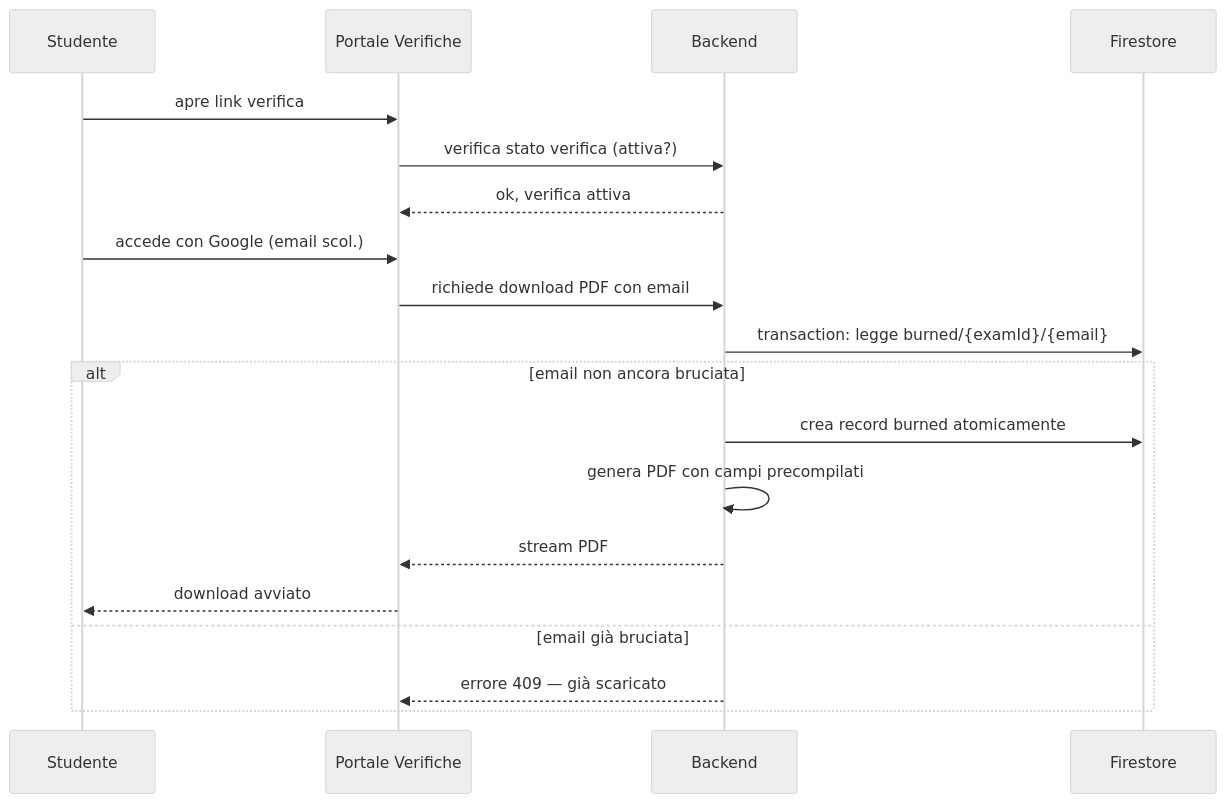
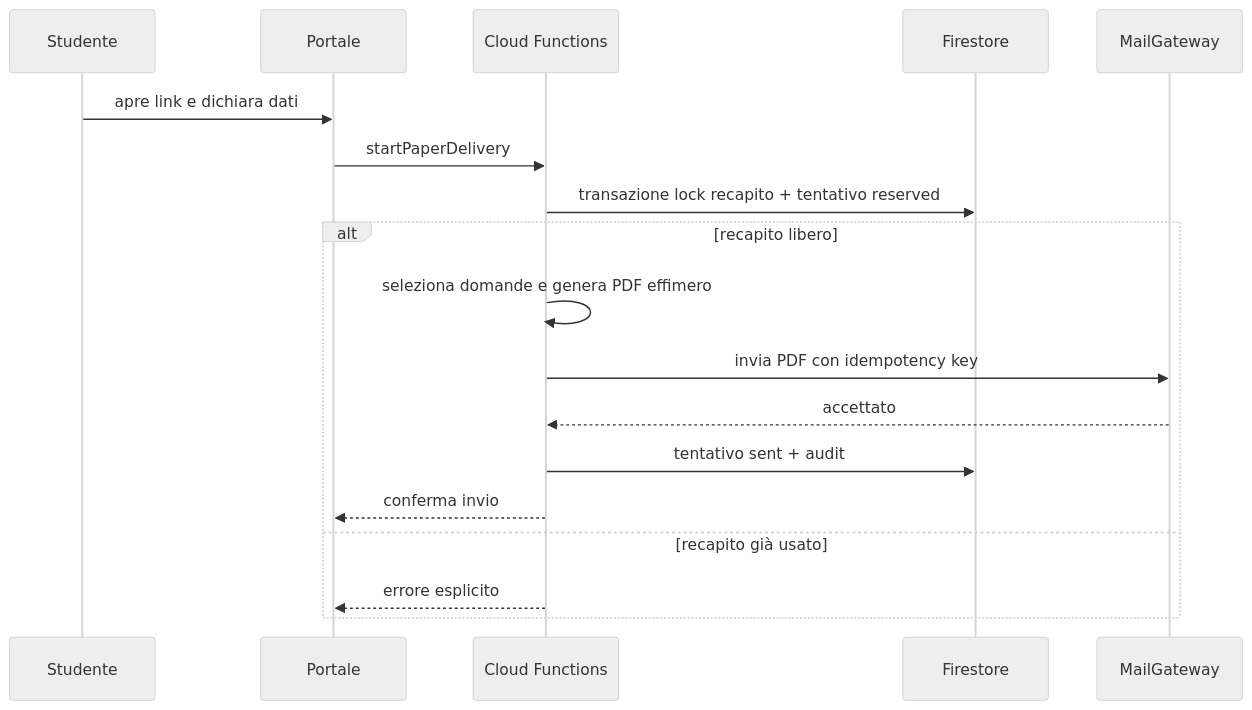
The second of 2 diagrams in documentazione/architettura.md (EnricoPaparo/SchoolForge), drawn with Mermaid (neutral theme) before and after one commit. The commit also changed other lines of this file and 14 other files, not shown here.

````diff
--- a/documentazione/architettura.md
+++ b/documentazione/architettura.md
@@ -407,22 +220,21 @@
 ```mermaid
 sequenceDiagram
     participant S as Studente
-    participant P as Portale Verifiche
-    participant B as Backend
+    participant P as Portale
+    participant B as Cloud Functions
     participant F as Firestore
+    participant M as MailGateway
 
-    S->>P: apre link verifica
-    P->>B: verifica stato verifica (attiva?)
-    B-->>P: ok, verifica attiva
-    S->>P: accede con Google (email scol.)
-    P->>B: richiede download PDF con email
-    B->>F: transaction: legge burned/{examId}/{email}
-    alt email non ancora bruciata
-        B->>F: crea record burned atomicamente
-        B->>B: genera PDF con campi precompilati
-        B-->>P: stream PDF
-        P-->>S: download avviato
-    else email già bruciata
-        B-->>P: errore 409 — già scaricato
+    S->>P: apre link e dichiara dati
+    P->>B: startPaperDelivery
+    B->>F: transazione lock recapito + tentativo reserved
+    alt recapito libero
+        B->>B: seleziona domande e genera PDF effimero
+        B->>M: invia PDF con idempotency key
+        M-->>B: accettato
+        B->>F: tentativo sent + audit
+        B-->>P: conferma invio
+    else recapito già usato
+        B-->>P: errore esplicito
     end
 ```
````
